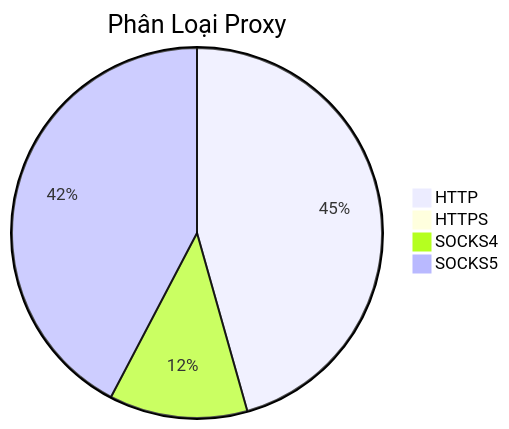
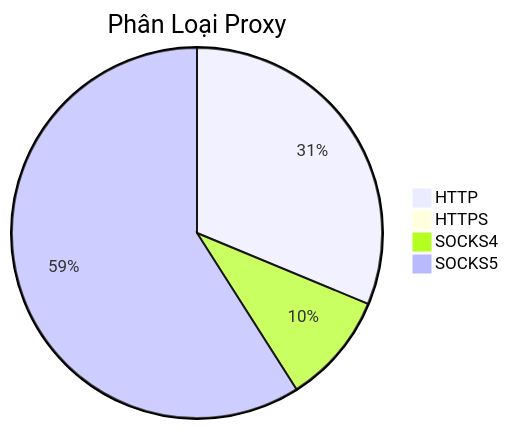
Before and after one commit to Ciara-Aa/PROXY-free: the diagram in README.md, drawn with Mermaid. The commit also changed other lines of this file and 4 other files, not shown here.

````diff
--- a/README.md
+++ b/README.md
@@ -26,7 +26,7 @@
 ```mermaid
 pie title Phân Loại Proxy
-    "HTTP" : 359
-    "HTTPS" : 4
-    "SOCKS4" : 95
-    "SOCKS5" : 333
+    "HTTP" : 466
+    "HTTPS" : 0
+    "SOCKS4" : 145
+    "SOCKS5" : 880
 ```
````
